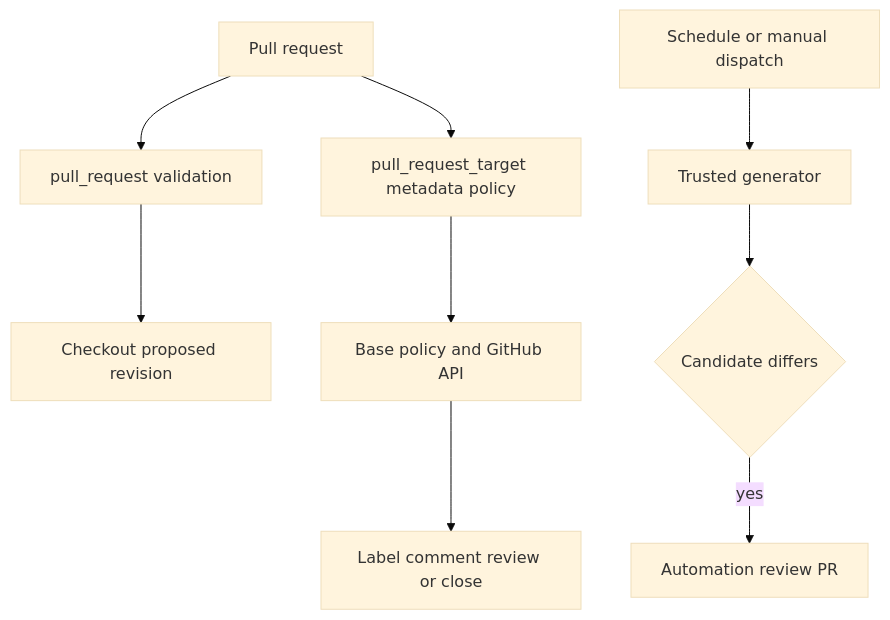
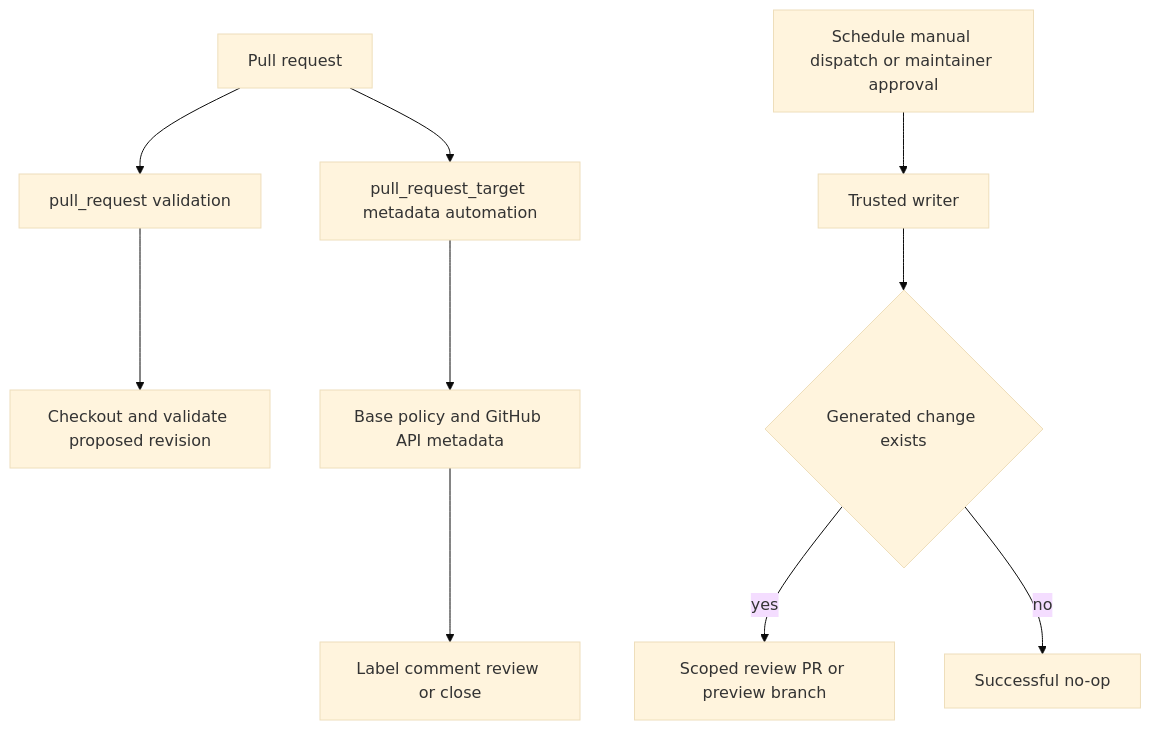
Before and after one commit to langchain-ai/docs: the first of 2 diagrams in openwiki/integrations/github-actions.md, drawn with Mermaid (base theme). The commit also changed other lines of this file and 26 other files, not shown here.

````diff
--- a/openwiki/integrations/github-actions.md
+++ b/openwiki/integrations/github-actions.md
@@ -63,11 +45,12 @@
 ```mermaid
 flowchart TD
-  Pull["Pull request"] --> Validate["pull_request validation"]
-  Pull --> Metadata["pull_request_target metadata policy"]
-  Validate --> Checkout["Checkout proposed revision"]
-  Metadata --> API["Base policy and GitHub API"]
+  PR["Pull request"] --> Check["pull_request validation"]
+  PR --> Meta["pull_request_target metadata automation"]
+  Check --> Head["Checkout and validate proposed revision"]
+  Meta --> API["Base policy and GitHub API metadata"]
   API --> Mutate["Label comment review or close"]
-  Trigger["Schedule or manual dispatch"] --> Writer["Trusted generator"]
-  Writer --> Diff{"Candidate differs"}
-  Diff -->|"yes"| Review["Automation review PR"]
+  Trusted["Schedule manual dispatch or maintainer approval"] --> Writer["Trusted writer"]
+  Writer --> Change{"Generated change exists"}
+  Change -->|"yes"| Review["Scoped review PR or preview branch"]
+  Change -->|"no"| Noop["Successful no-op"]
 ```
````
